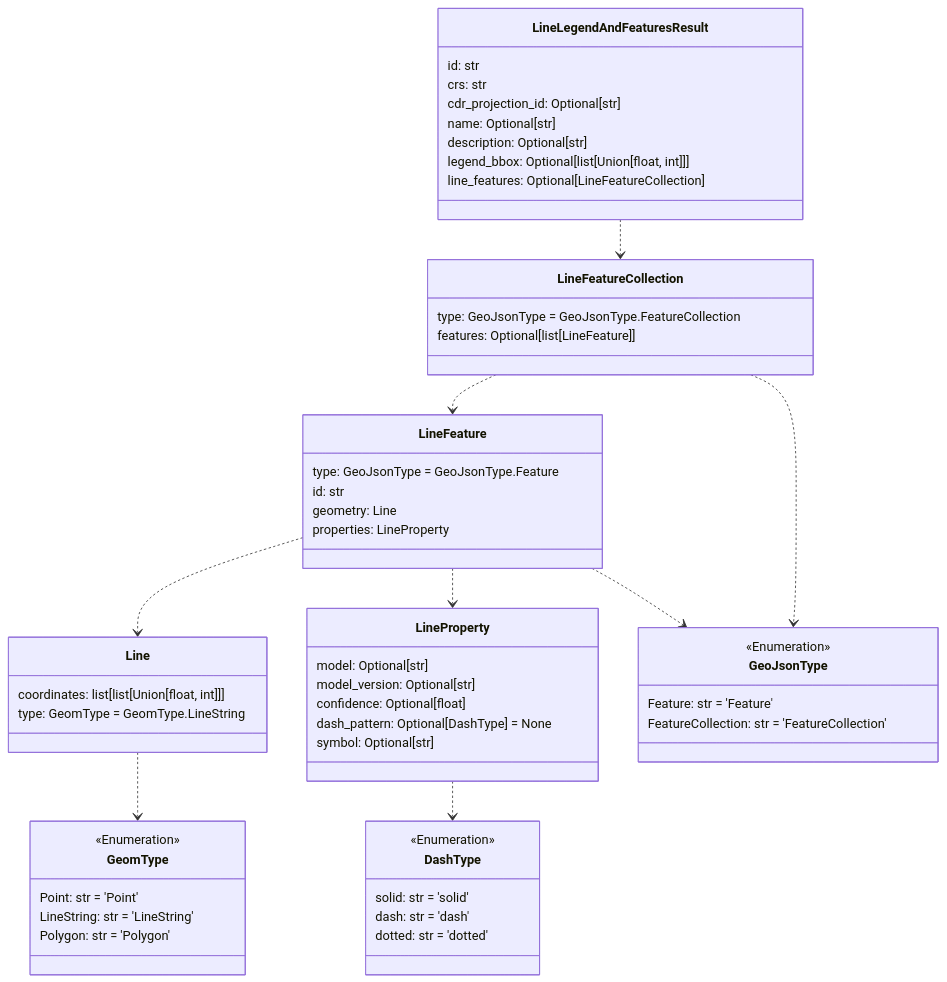
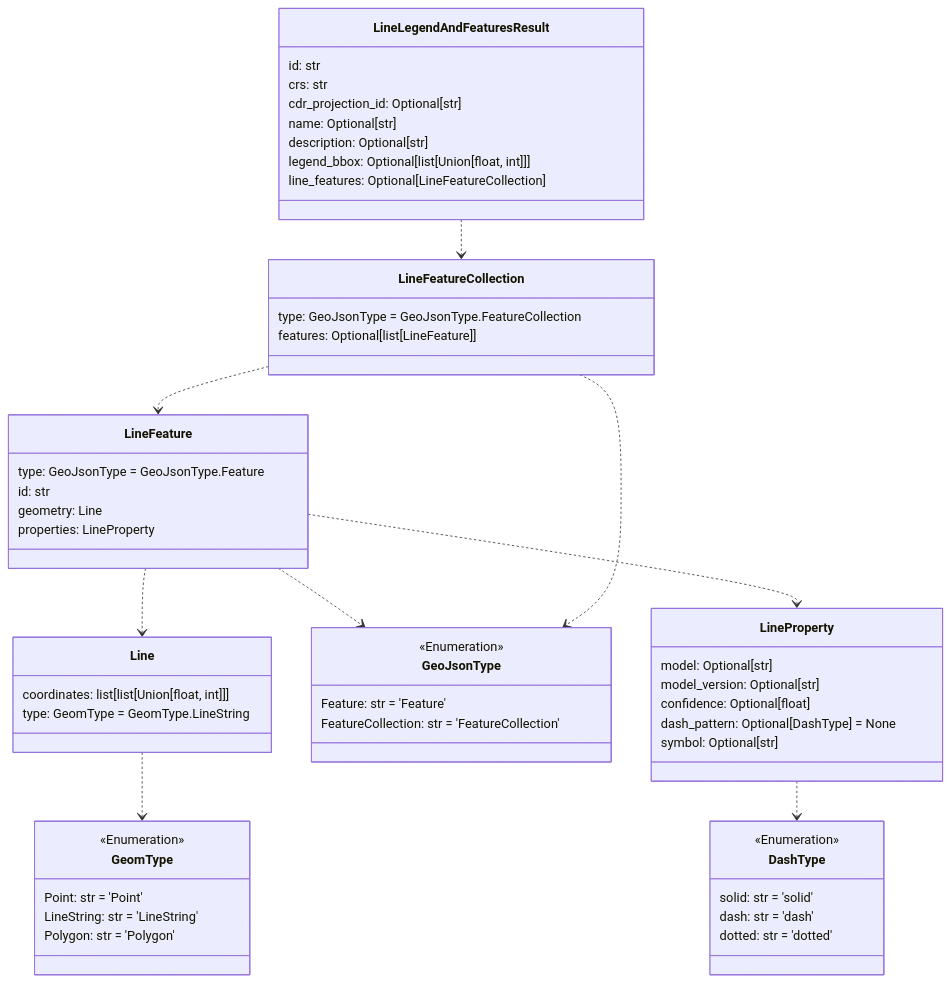
One commit to DARPA-CRITICALMAAS/cdr_schemas changed the sixth of 12 diagrams in README.md. Above: the diagram before and after it, drawn with Mermaid. The commit also changed other lines of this file and 2 other files, not shown here.

````diff
--- a/README.md
+++ b/README.md
@@ -395,69 +395,69 @@
 ```mermaid
 classDiagram
 
-    class Line {
-        coordinates: list[list[Union[float, int]]]
-        type: GeomType = GeomType.LineString
+    class LineProperty {
+        model: Optional[str]
+        model_version: Optional[str]
+        confidence: Optional[float]
+        dash_pattern: Optional[DashType] = None
+        symbol: Optional[str]
+    }
+
+    class LineFeatureCollection {
+        type: GeoJsonType = GeoJsonType.FeatureCollection
+        features: Optional[list[LineFeature]]
+    }
+
+    class GeoJsonType {
+        <<Enumeration>>
+        Feature: str = 'Feature'
+        FeatureCollection: str = 'FeatureCollection'
     }
 
     class DashType {
         <<Enumeration>>
         solid: str = 'solid'
         dash: str = 'dash'
         dotted: str = 'dotted'
     }
 
-    class GeoJsonType {
-        <<Enumeration>>
-        Feature: str = 'Feature'
-        FeatureCollection: str = 'FeatureCollection'
-    }
-
-    class LineProperty {
-        model: Optional[str]
-        model_version: Optional[str]
-        confidence: Optional[float]
-        dash_pattern: Optional[DashType] = None
-        symbol: Optional[str]
+    class Line {
+        coordinates: list[list[Union[float, int]]]
+        type: GeomType = GeomType.LineString
     }
 
     class GeomType {
         <<Enumeration>>
         Point: str = 'Point'
         LineString: str = 'LineString'
         Polygon: str = 'Polygon'
-    }
-
-    class LineFeatureCollection {
-        type: GeoJsonType = GeoJsonType.FeatureCollection
-        features: Optional[list[LineFeature]]
     }
 
     class LineLegendAndFeaturesResult {
         id: str
         crs: str
         cdr_projection_id: Optional[str]
         name: Optional[str]
         description: Optional[str]
         legend_bbox: Optional[list[Union[float, int]]]
         line_features: Optional[LineFeatureCollection]
     }
 
     class LineFeature {
         type: GeoJsonType = GeoJsonType.Feature
         id: str
         geometry: Line
         properties: LineProperty
     }
 
     Line ..> GeomType
     LineProperty ..> DashType
     LineFeature ..> Line
     LineFeature ..> LineProperty
     LineFeature ..> GeoJsonType
+    LineFeatureCollection ..> GeoJsonType
     LineFeatureCollection ..> LineFeature
-    LineFeatureCollection ..> GeoJsonType
     LineLegendAndFeaturesResult ..> LineFeatureCollection
 
 
 ```
````
